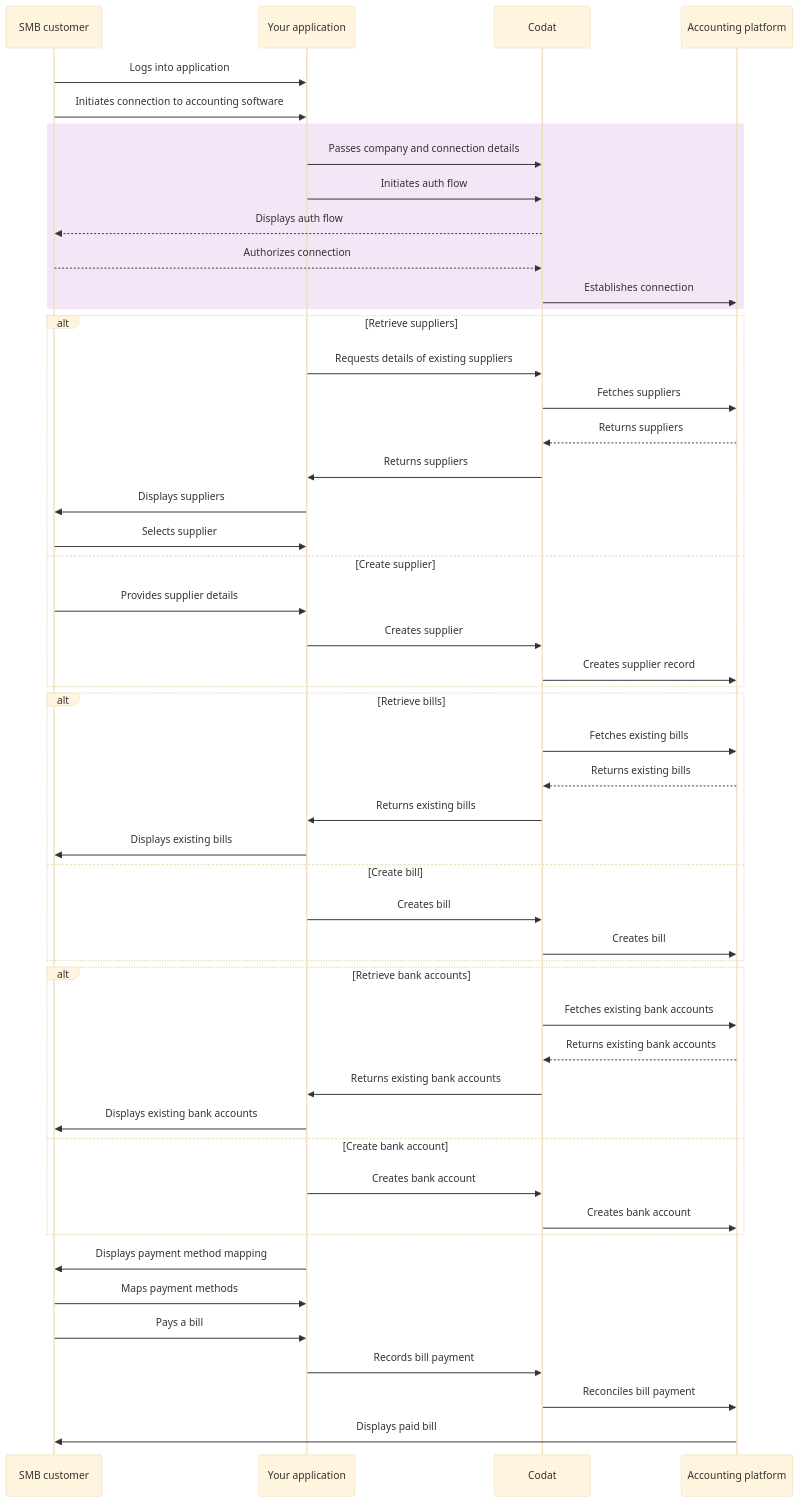
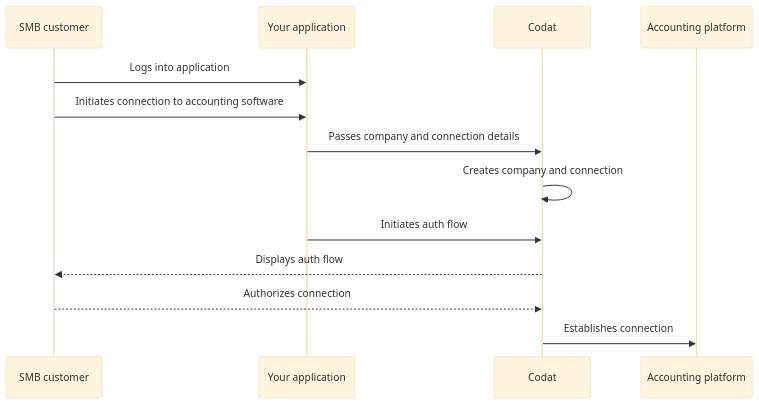
The diagram in docs/payables/configure-customer.md (codatio/codat-docs), drawn with Mermaid (base theme) before and after one commit. The commit also changed other lines of this file and 8 other files, not shown here.

````diff
--- a/docs/payables/configure-customer.md
+++ b/docs/payables/configure-customer.md
@@ -20,59 +20,18 @@
 ```mermaid
 
   sequenceDiagram
       participant smb as SMB customer
       participant app as Your application 
       participant codat as Codat
       participant acctg as Accounting platform
       
       smb ->> app: Logs into application
       smb ->> app: Initiates connection to accounting software
 
-      rect rgb(242, 230, 247)
         app ->> codat: Passes company and connection details
+        codat ->> codat: Creates company and connection
         app ->> codat: Initiates auth flow
         codat -->> smb: Displays auth flow
         smb -->> codat: Authorizes connection
         codat ->> acctg: Establishes connection
-      end
-
-      alt Retrieve suppliers
-        app ->> codat: Requests details of existing suppliers
-        codat ->> acctg: Fetches suppliers
-        acctg -->> codat: Returns suppliers
-        codat ->> app: Returns suppliers
-        app ->> smb: Displays suppliers
-        smb ->> app: Selects supplier
-      else Create supplier
-        smb ->> app: Provides supplier details
-        app ->> codat: Creates supplier
-        codat ->> acctg: Creates supplier record
-      end
-
-      alt Retrieve bills
-        codat ->> acctg: Fetches existing bills
-        acctg -->> codat: Returns existing bills
-        codat ->> app: Returns existing bills
-        app ->> smb: Displays existing bills
-      else Create bill
-        app ->> codat: Creates bill
-        codat ->> acctg: Creates bill
-      end
-
-      alt Retrieve bank accounts
-        codat ->> acctg: Fetches existing bank accounts
-        acctg -->> codat: Returns existing bank accounts
-        codat ->> app: Returns existing bank accounts
-        app ->> smb: Displays existing bank accounts
-      else Create bank account
-        app ->> codat: Creates bank account
-        codat ->> acctg: Creates bank account
-      end
-      app ->> smb: Displays payment method mapping
-      smb ->> app: Maps payment methods
-
-      smb ->> app: Pays a bill
-      app ->> codat: Records bill payment
-      codat ->> acctg: Reconciles bill payment
-      acctg ->> smb: Displays paid bill
 ```
````
